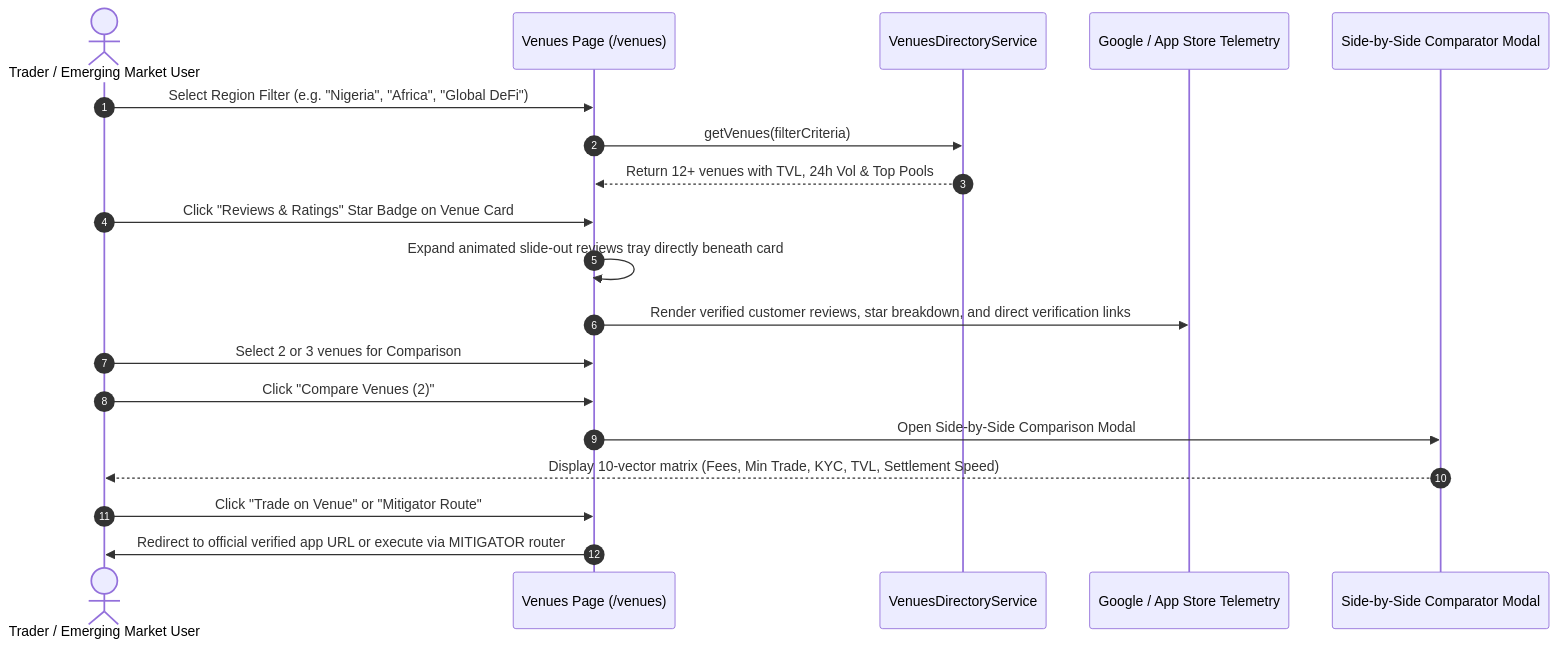
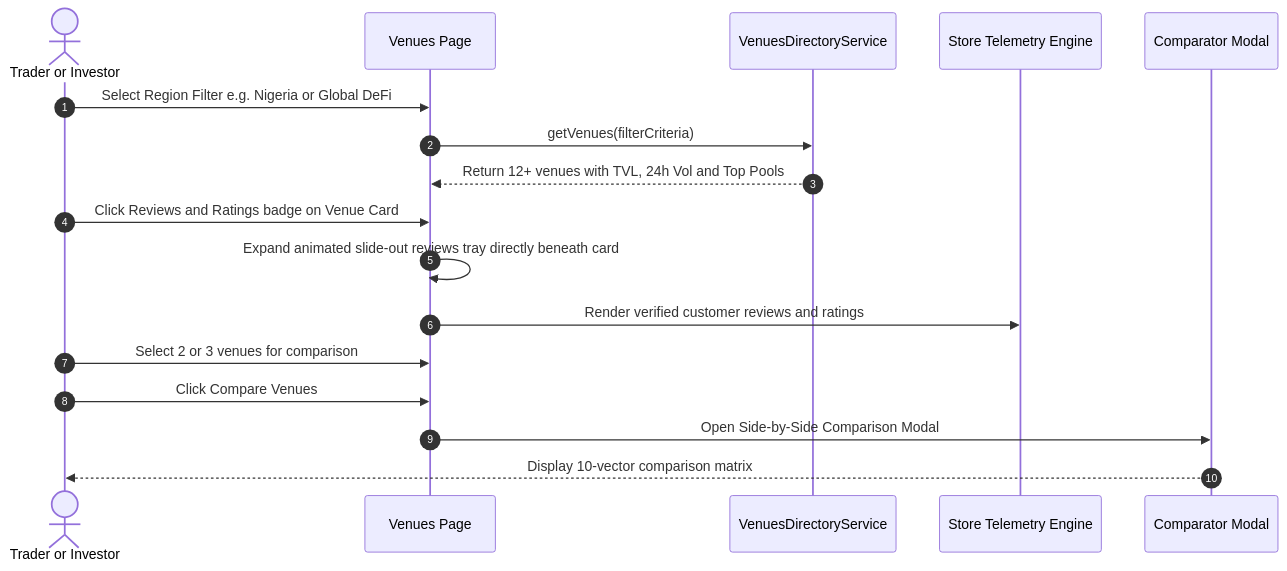
The third of 7 diagrams in MITIGATOR_PRD_Stocklana_2026.md (Pabby01/MITIGATOR), drawn with Mermaid before and after one commit. The commit also changed other lines of this file and 1 other file, not shown here.

Commit message:
docs: refine Mermaid architecture diagrams and text labels in PRD

````diff
--- a/MITIGATOR_PRD_Stocklana_2026.md
+++ b/MITIGATOR_PRD_Stocklana_2026.md
@@ -229,22 +229,20 @@
 ```mermaid
 sequenceDiagram
     autonumber
-    actor Trader as Trader / Emerging Market User
-    participant UI as Venues Page (/venues)
+    actor Trader as Trader or Investor
+    participant UI as Venues Page
     participant Svc as VenuesDirectoryService
-    participant Store as Google / App Store Telemetry
-    participant Comp as Side-by-Side Comparator Modal
+    participant Store as Store Telemetry Engine
+    participant Comp as Comparator Modal
 
-    Trader->>UI: Select Region Filter (e.g. "Nigeria", "Africa", "Global DeFi")
+    Trader->>UI: Select Region Filter e.g. Nigeria or Global DeFi
     UI->>Svc: getVenues(filterCriteria)
-    Svc-->>UI: Return 12+ venues with TVL, 24h Vol & Top Pools
-    Trader->>UI: Click "Reviews & Ratings" Star Badge on Venue Card
+    Svc-->>UI: Return 12+ venues with TVL, 24h Vol and Top Pools
+    Trader->>UI: Click Reviews and Ratings badge on Venue Card
     UI->>UI: Expand animated slide-out reviews tray directly beneath card
-    UI->>Store: Render verified customer reviews, star breakdown, and direct verification links
-    Trader->>UI: Select 2 or 3 venues for Comparison
-    Trader->>UI: Click "Compare Venues (2)"
+    UI->>Store: Render verified customer reviews and ratings
+    Trader->>UI: Select 2 or 3 venues for comparison
+    Trader->>UI: Click Compare Venues
     UI->>Comp: Open Side-by-Side Comparison Modal
-    Comp-->>Trader: Display 10-vector matrix (Fees, Min Trade, KYC, TVL, Settlement Speed)
-    Trader->>UI: Click "Trade on Venue" or "Mitigator Route"
-    UI->>Trader: Redirect to official verified app URL or execute via MITIGATOR router
+    Comp-->>Trader: Display 10-vector comparison matrix
 ```
````
